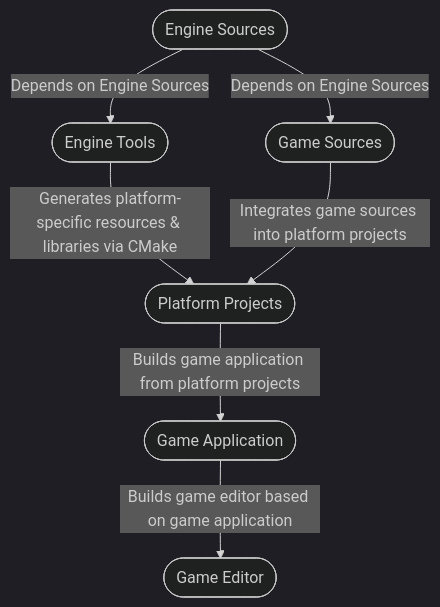
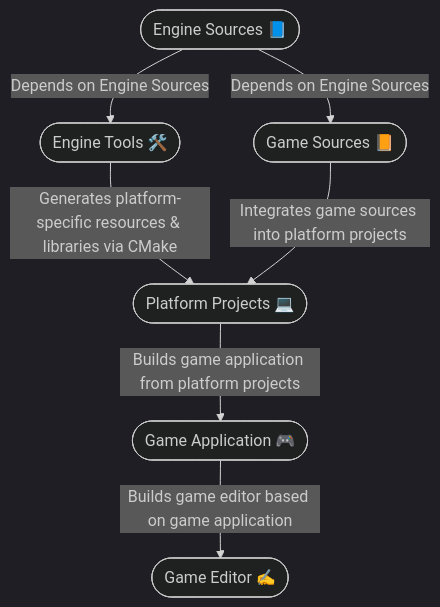
The diagram in README.md (Clevergua/Tickernel), drawn with Mermaid (dark theme) before and after one commit.

````diff
--- a/README.md
+++ b/README.md
@@ -4,8 +4,8 @@
 ``` mermaid
 flowchart TD
-    A(["Engine Sources"]) -- "Depends on Engine Sources" --> B(["Game Sources"]) & C(["Engine Tools"])
-    C -- "Generates platform-specific resources & libraries via CMake" --> D(["Platform Projects"])
-    D -- "Builds game application from platform projects" --> E(["Game Application"])
-    E -- "Builds game editor based on game application" --> F(["Game Editor"])
+    A(["Engine Sources 📘"]) -- "Depends on Engine Sources" --> B(["Game Sources 📙"]) & C(["Engine Tools 🛠️"])
+    C -- "Generates platform-specific resources & libraries via CMake" --> D(["Platform Projects 💻"])
+    D -- "Builds game application from platform projects" --> E(["Game Application 🎮"])
+    E -- "Builds game editor based on game application" --> F(["Game Editor ✍️"])
     B -- "Integrates game sources into platform projects" --> D
 ```
````
